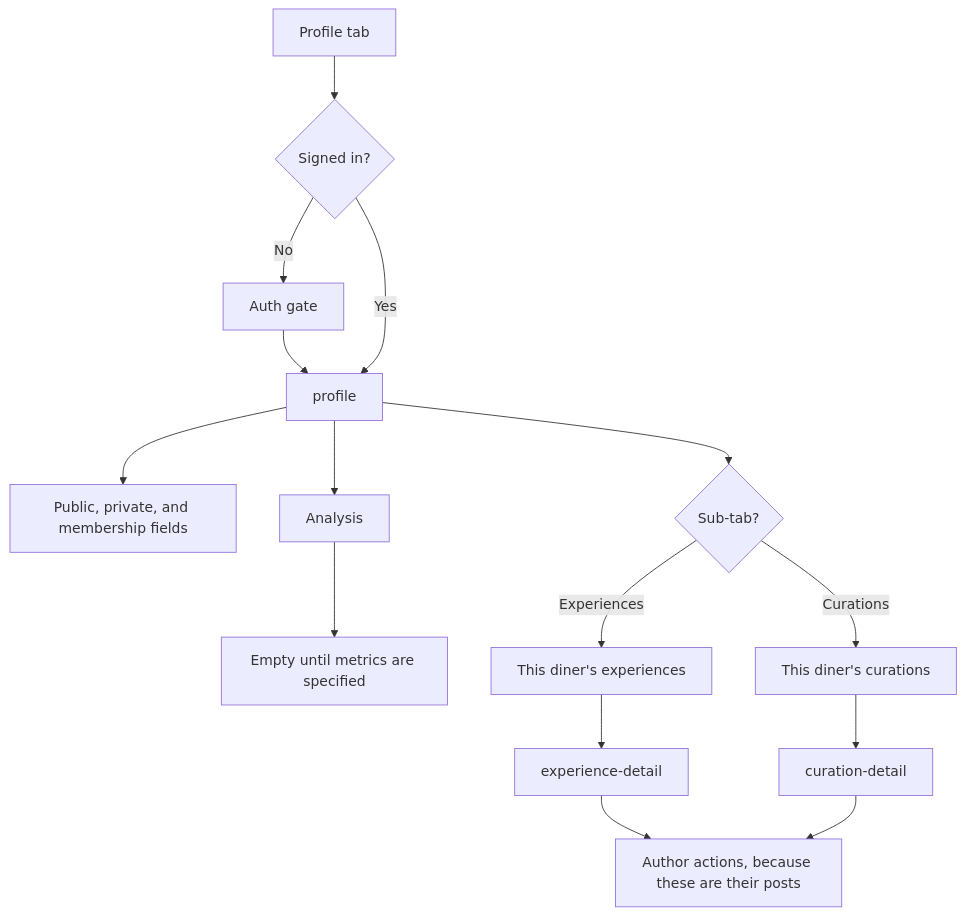
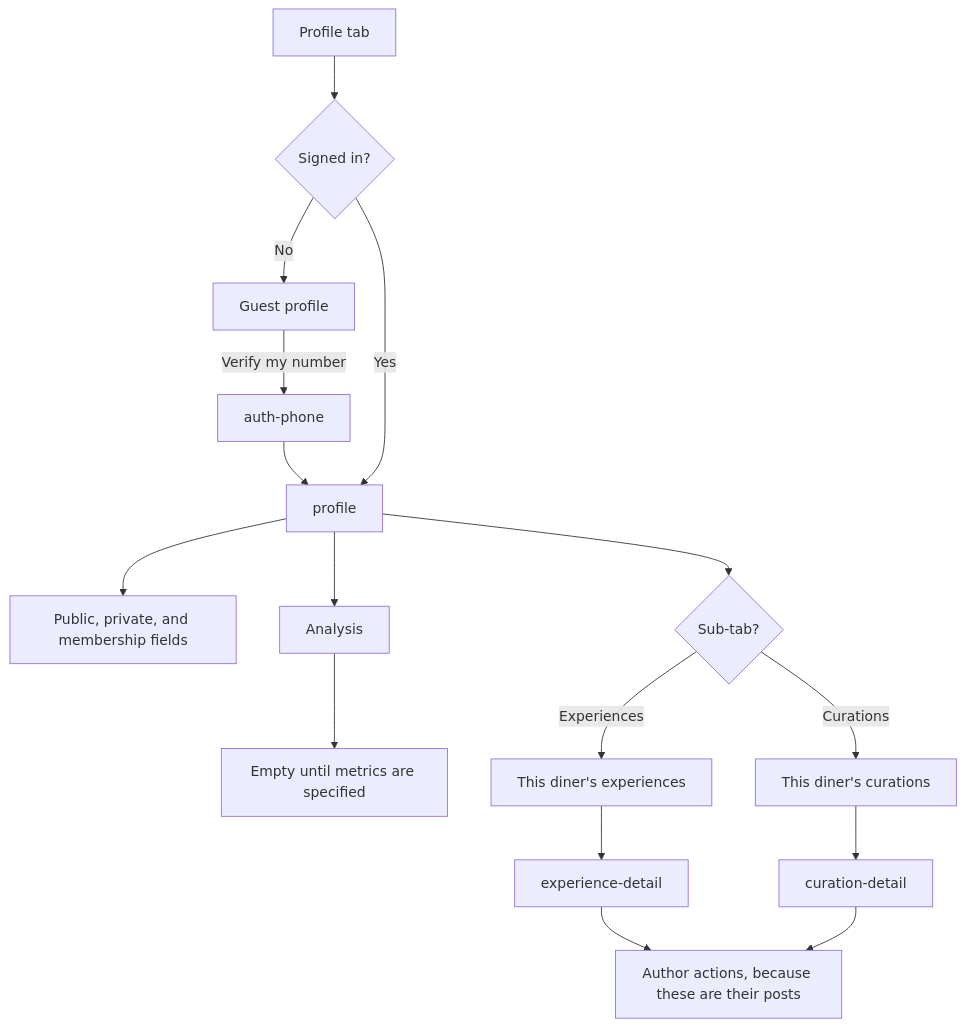
The first of 2 diagrams in product/detail-flows/10-profile-and-social.md (bawra11/elite-product), drawn with Mermaid before and after one commit. The commit also changed other lines of this file and 2 other files, not shown here.

Commit message:
Docs: guest Profile isn't gated; stories are happening posts
- 02-auth / 10-profile: a guest sees a guest Profile whose "Verify my
  number" opens auth-phone; the gate is a sheet over the current screen.
- api-reference §2: restaurant stories are FEED_POST_TYPE_HAPPENING with
  payload.happening, and phase01 now sends post_types for them.

Claude-Session: https://claude.ai/code/session_01BVazgxo7mzw7RvwfAAgF9H

````diff
--- a/product/detail-flows/10-profile-and-social.md
+++ b/product/detail-flows/10-profile-and-social.md
@@ -5,19 +5,20 @@
 ```mermaid
 flowchart TD
   tab["Profile tab"] --> gate{Signed in?}
-  gate -->|No| auth["Auth gate"]
+  gate -->|No| guestProfile["Guest profile"]
+  guestProfile -->|Verify my number| auth["auth-phone"]
   auth --> profile
   gate -->|Yes| profile["profile"]
 
   profile --> details["Public, private, and membership fields"]
   profile --> analysis["Analysis"]
   analysis --> emptyA["Empty until metrics are specified"]
 
   profile --> sub{Sub-tab?}
   sub -->|Experiences| mineExp["This diner's experiences"]
   sub -->|Curations| mineCur["This diner's curations"]
   mineExp --> exp["experience-detail"]
   mineCur --> cur["curation-detail"]
   exp --> own["Author actions, because these are their posts"]
   cur --> own
 ```
````
